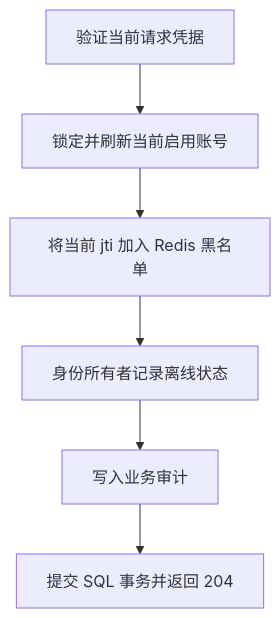
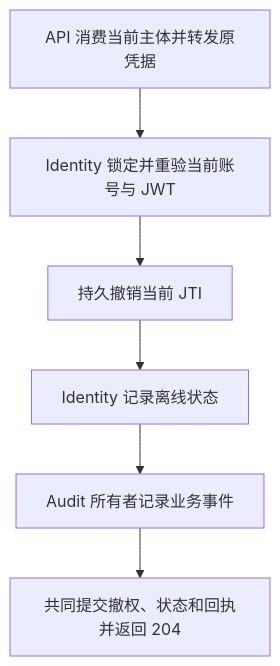
The diagram in docs-site/dev/how-to/add-api-endpoint.md (YOAO-Labs/ai-annotation-platform), drawn with Mermaid before and after one commit. The commit also changed other lines of this file and 39 other files, not shown here.

````diff
--- a/docs-site/dev/how-to/add-api-endpoint.md
+++ b/docs-site/dev/how-to/add-api-endpoint.md
@@ -26,8 +26,8 @@
 ```mermaid
 flowchart TD
-  A[验证当前请求凭据] --> B[锁定并刷新当前启用账号]
-  B --> C[将当前 jti 加入 Redis 黑名单]
-  C --> D[身份所有者记录离线状态]
-  D --> E[写入业务审计]
-  E --> F[提交 SQL 事务并返回 204]
+  A[API 消费当前主体并转发原凭据] --> B[Identity 锁定并重验当前账号与 JWT]
+  B --> C[持久撤销当前 JTI]
+  C --> D[Identity 记录离线状态]
+  D --> E[Audit 所有者记录业务事件]
+  E --> F[共同提交撤权、状态和回执并返回 204]
 ```
````
